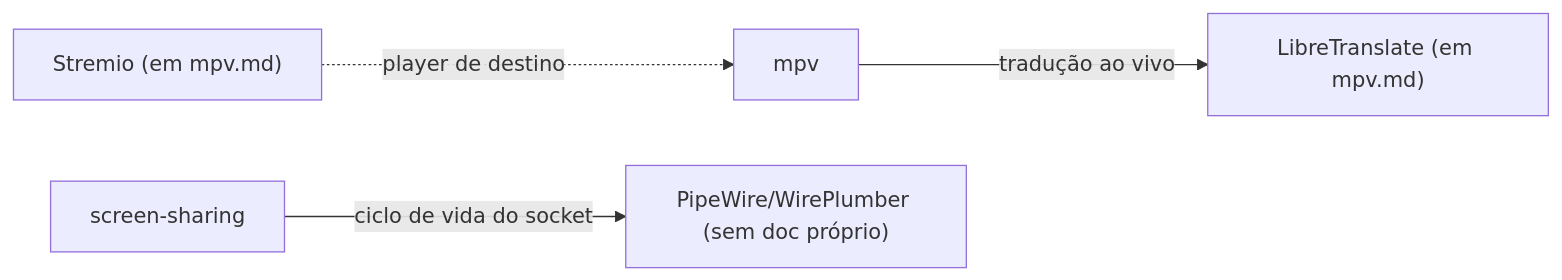
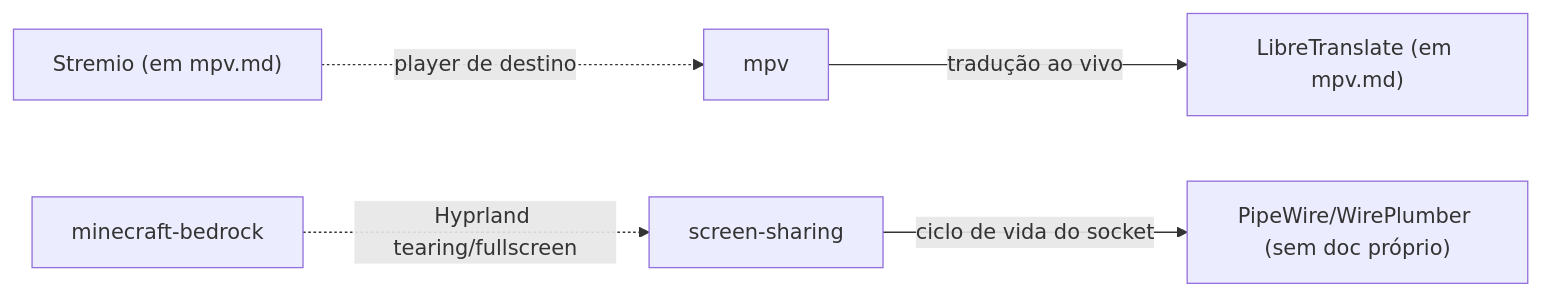
One commit to aliceComH/nixos changed the diagram in .agents/knowledge/_index.md. Above: the diagram before and after it, drawn with Mermaid. The commit also changed other lines of this file and 8 other files, not shown here.

Commit message:
feat: minecraft bedrock on a new module

````diff
--- a/.agents/knowledge/_index.md
+++ b/.agents/knowledge/_index.md
@@ -23,12 +24,14 @@
 ```mermaid
 graph LR
     mpv["mpv"]
     libretranslate["LibreTranslate (em mpv.md)"]
     stremio["Stremio (em mpv.md)"]
     screenSharing["screen-sharing"]
     pipewire["PipeWire/WirePlumber (sem doc próprio)"]
+    bedrock["minecraft-bedrock"]
 
     mpv -->|"tradução ao vivo"| libretranslate
     stremio -.->|"player de destino"| mpv
     screenSharing -->|"ciclo de vida do socket"| pipewire
+    bedrock -.->|"Hyprland tearing/fullscreen"| screenSharing
 ```
````
